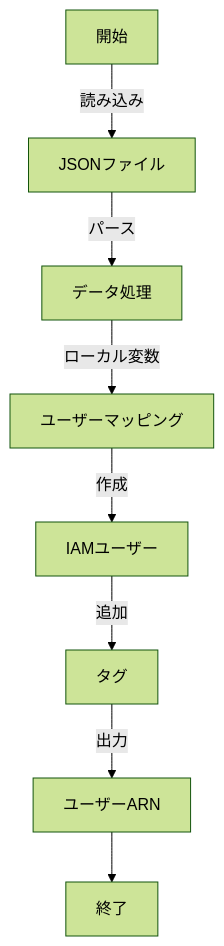
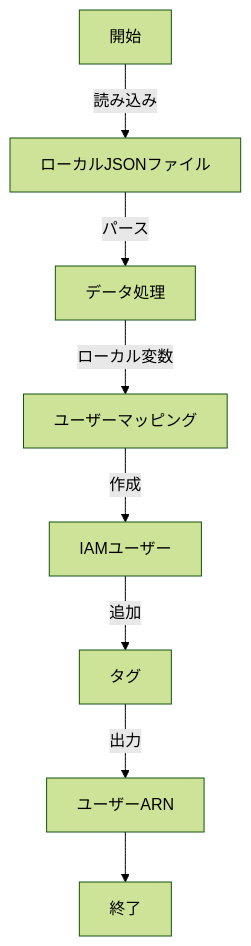
The third of 4 diagrams in README.md (ssssssssei/terraform-iamusers-from-json), drawn with Mermaid (forest theme) before and after one commit. The commit also changed other lines of this file, not shown here.

````diff
--- a/README.md
+++ b/README.md
@@ -115,10 +115,10 @@
 ```mermaid
 flowchart TD
-    A[開始] -->|読み込み| B[JSONファイル]
+    A[開始] -->|読み込み| B[ローカルJSONファイル]
     B -->|パース| C[データ処理]
     C -->|ローカル変数| D[ユーザーマッピング]
     D -->|作成| E[IAMユーザー]
     E -->|追加| F[タグ]
     F -->|出力| G[ユーザーARN]
     G --> H[終了]
 ```
````
